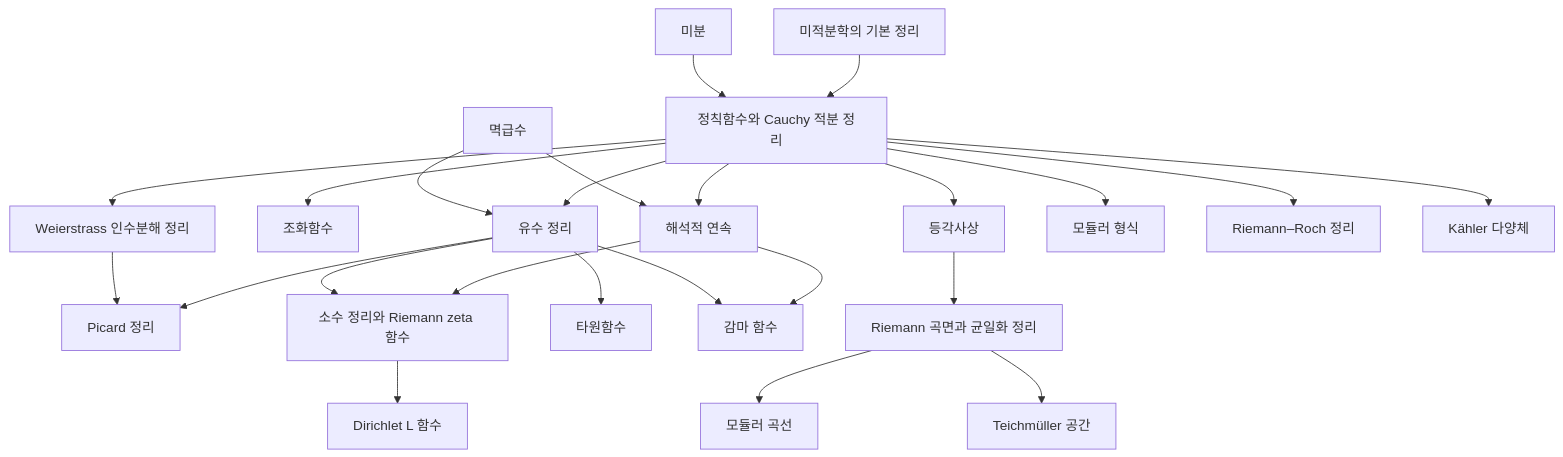
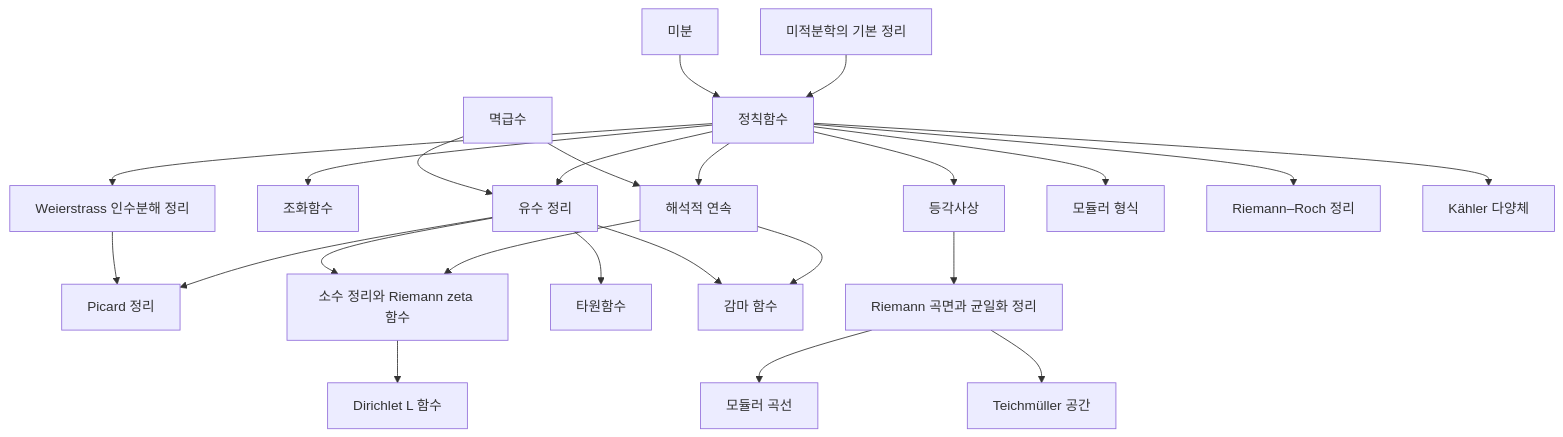
The diagram in docs/complex-analysis-overview.md (Phryxia/math-map), drawn with Mermaid before and after one commit. The commit also changed other lines of this file and 25 other files, not shown here.

````diff
--- a/docs/complex-analysis-overview.md
+++ b/docs/complex-analysis-overview.md
@@ -13,26 +13,26 @@
 ```mermaid
 graph TD
-  DV["미분"] --> HF["정칙함수와 Cauchy 적분 정리"]
+  DV["미분"] --> HF["정칙함수"]
   FC["미적분학의 기본 정리"] --> HF
   PS["멱급수"] --> RT["유수 정리"]
   HF --> RT
   HF --> HM["조화함수"]
   PS --> AC["해석적 연속"]
   HF --> AC
   HF --> CM["등각사상"]
   HF --> WF["Weierstrass 인수분해 정리"]
   WF --> PC["Picard 정리"]
   RT --> PC
   CM --> RS["Riemann 곡면과 균일화 정리"]
   RS --> MC["모듈러 곡선"]
   RS --> TS["Teichmüller 공간"]
   RT --> EF["타원함수"]
   RT --> GF["감마 함수"]
   AC --> GF
   RT --> PNT["소수 정리와 Riemann zeta 함수"]
   AC --> PNT
   PNT --> DL["Dirichlet L 함수"]
   HF --> MF["모듈러 형식"]
   HF --> RR["Riemann–Roch 정리"]
   HF --> KM["Kähler 다양체"]
 ```
````
